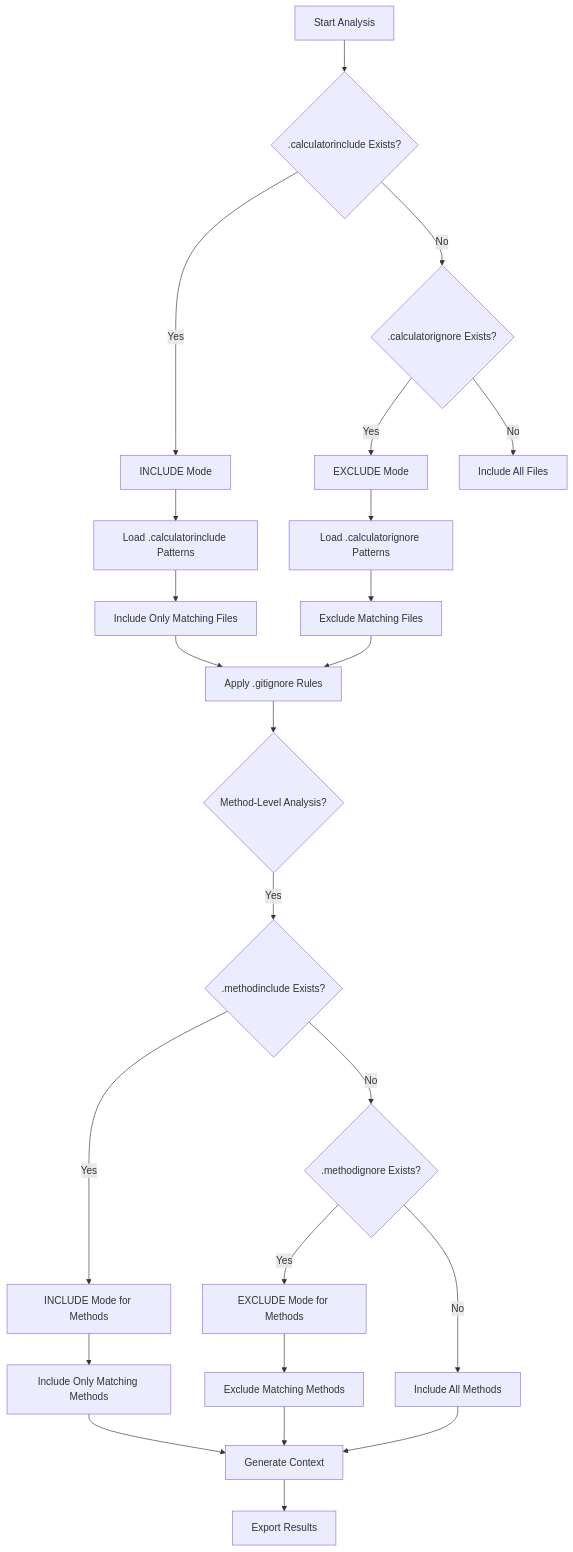
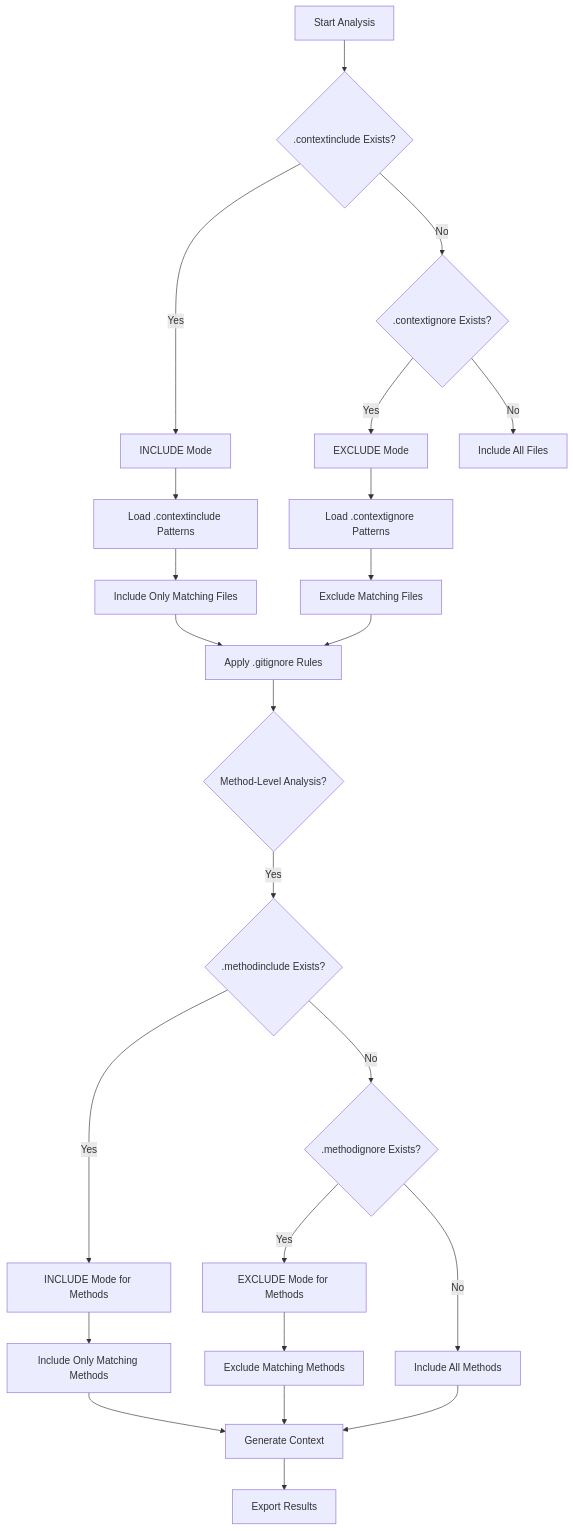
One commit to hakkisagdic/context-manager changed the sixth of 7 diagrams in docs/content-en/Tool Overview & Core Value.md. Above: the diagram before and after it, drawn with Mermaid. The commit also changed other lines of this file and 93 other files, not shown here.

````diff
--- a/docs/content-en/Tool Overview & Core Value.md
+++ b/docs/content-en/Tool Overview & Core Value.md
@@ -301,26 +301,26 @@
 ```mermaid
 graph TD
-A[Start Analysis] --> B{.calculatorinclude Exists?}
+A[Start Analysis] --> B{.contextinclude Exists?}
 B --> |Yes| C[INCLUDE Mode]
-B --> |No| D{.calculatorignore Exists?}
+B --> |No| D{.contextignore Exists?}
 D --> |Yes| E[EXCLUDE Mode]
 D --> |No| F[Include All Files]
-C --> G[Load .calculatorinclude Patterns]
-E --> H[Load .calculatorignore Patterns]
+C --> G[Load .contextinclude Patterns]
+E --> H[Load .contextignore Patterns]
 G --> I[Include Only Matching Files]
 H --> J[Exclude Matching Files]
 I --> K[Apply .gitignore Rules]
 J --> K
 K --> L{Method-Level Analysis?}
 L --> |Yes| M{.methodinclude Exists?}
 M --> |Yes| N[INCLUDE Mode for Methods]
 M --> |No| O{.methodignore Exists?}
 O --> |Yes| P[EXCLUDE Mode for Methods]
 O --> |No| Q[Include All Methods]
 N --> R[Include Only Matching Methods]
 P --> S[Exclude Matching Methods]
 R --> T[Generate Context]
 S --> T
 Q --> T
 T --> U[Export Results]
 ```
````
